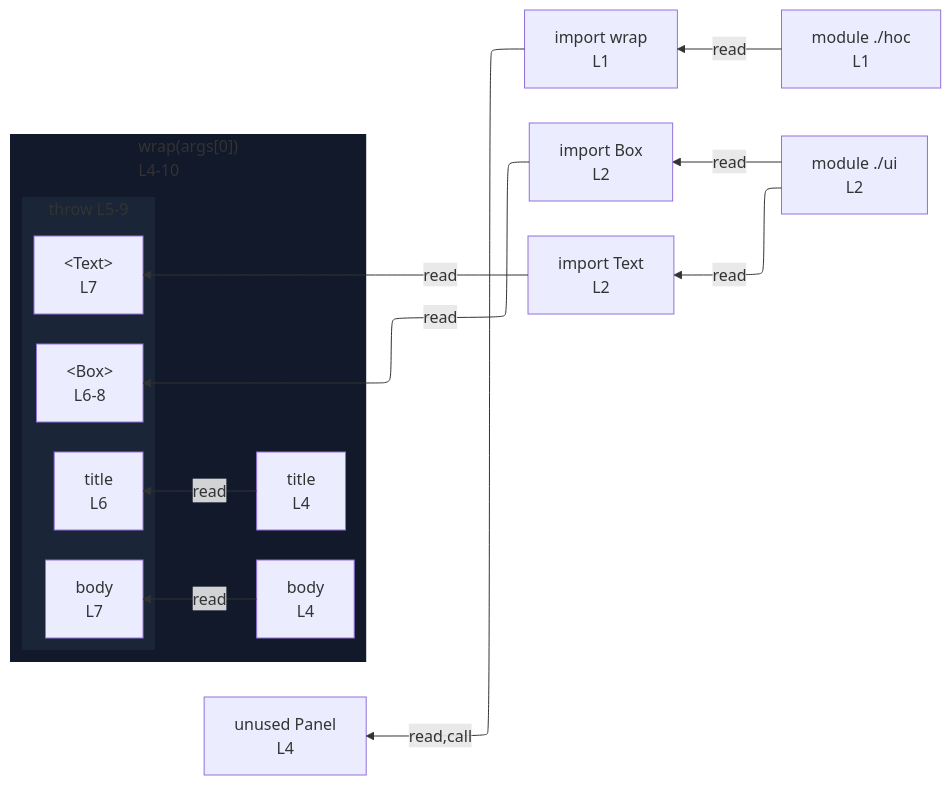
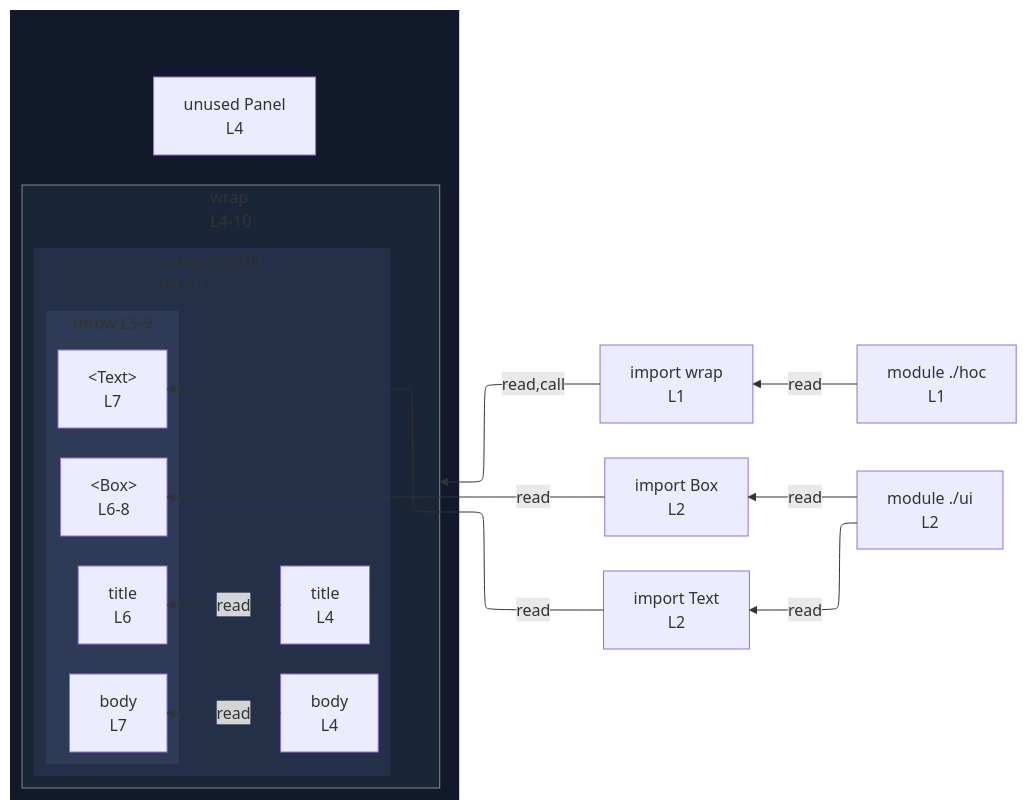
One commit to crescware/unsnarl changed the diagram in integration/fixtures/jsx/call-argument-throw/preview.md. Above: the diagram before and after it, drawn with Mermaid. The commit also changed 41 other files, not shown here.

````diff
--- a/integration/fixtures/jsx/call-argument-throw/preview.md
+++ b/integration/fixtures/jsx/call-argument-throw/preview.md
@@ -20,34 +20,46 @@
 ```mermaid
 %%{init: {"flowchart": {"defaultRenderer": "elk"}}}%%
 flowchart RL
   n_scope_0_wrap_9["import wrap<br/>L1"]
   n_scope_0_Box_39["import Box<br/>L2"]
   n_scope_0_Text_44["import Text<br/>L2"]
-  n_scope_0_Panel_78["unused Panel<br/>L4"]
-  subgraph s_scope_1["wrap(args[0])<br/>L4-10"]
-    direction RL
-    n_scope_1_title_92["title<br/>L4"]
-    n_scope_1_body_107["body<br/>L4"]
-    subgraph s_throw_scope_1_128_201["throw L5-9"]
+  subgraph wrap_call_proxy_ref_1[" "]
+    direction TB
+    n_scope_0_Panel_78["unused Panel<br/>L4"]
+    subgraph call_proxy_ref_1["wrap<br/>L4-10"]
       direction RL
-      throw_use_ref_2["&lt;Box&gt;<br/>L6-8"]
-      throw_use_ref_3["title<br/>L6"]
-      throw_use_ref_4["&lt;Text&gt;<br/>L7"]
-      throw_use_ref_5["body<br/>L7"]
+      subgraph s_scope_1["wrap(args[0])<br/>L4-10"]
+        direction RL
+        n_scope_1_title_92["title<br/>L4"]
+        n_scope_1_body_107["body<br/>L4"]
+        subgraph s_throw_scope_1_128_201["throw L5-9"]
+          direction RL
+          throw_use_ref_2["&lt;Box&gt;<br/>L6-8"]
+          throw_use_ref_3["title<br/>L6"]
+          throw_use_ref_4["&lt;Text&gt;<br/>L7"]
+          throw_use_ref_5["body<br/>L7"]
+        end
+      end
     end
   end
-  n_scope_0_wrap_9 -->|read,call| n_scope_0_Panel_78
+  n_scope_0_wrap_9 -->|read,call| call_proxy_ref_1
   n_scope_0_Box_39 -->|read| throw_use_ref_2
   n_scope_1_title_92 -->|read| throw_use_ref_3
   n_scope_0_Text_44 -->|read| throw_use_ref_4
   n_scope_1_body_107 -->|read| throw_use_ref_5
   mod___hoc["module ./hoc<br/>L1"]
   mod___ui["module ./ui<br/>L2"]
   mod___hoc -->|read| n_scope_0_wrap_9
   mod___ui -->|read| n_scope_0_Box_39
   mod___ui -->|read| n_scope_0_Text_44
   classDef nestL1 fill:#11192a,stroke:transparent;
-  class s_scope_1 nestL1;
+  class wrap_call_proxy_ref_1 nestL1;
   classDef nestL2 fill:#1a2538,stroke:transparent;
-  class s_throw_scope_1_128_201 nestL2;
+  class call_proxy_ref_1 nestL2;
+  classDef nestL3 fill:#243047,stroke:transparent;
+  class s_scope_1 nestL3;
+  classDef nestL4 fill:#2d3b57,stroke:transparent;
+  class s_throw_scope_1_128_201 nestL4;
+  classDef edgeTargetSubgraph stroke:#888;
+  class call_proxy_ref_1 edgeTargetSubgraph;
 ```
````
